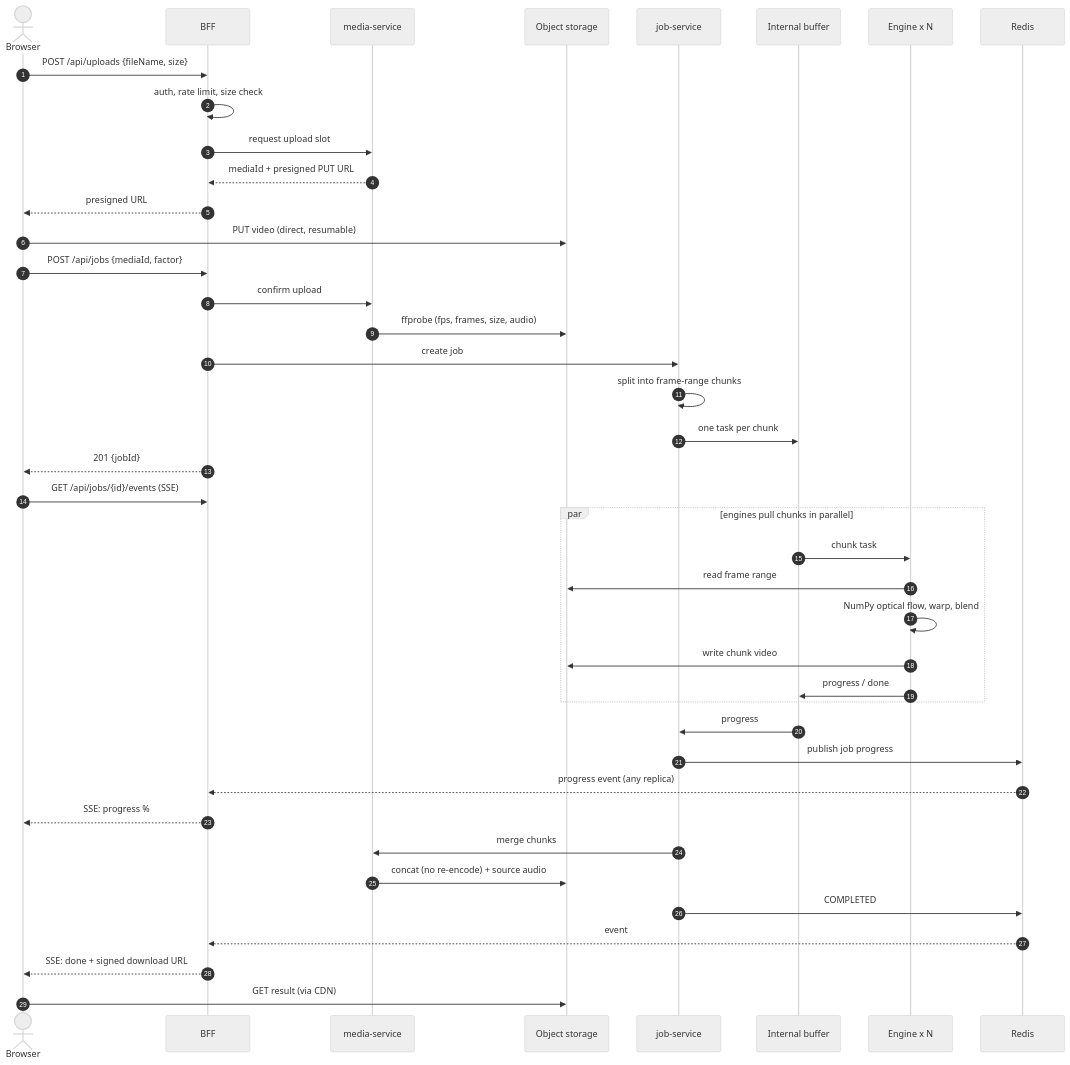
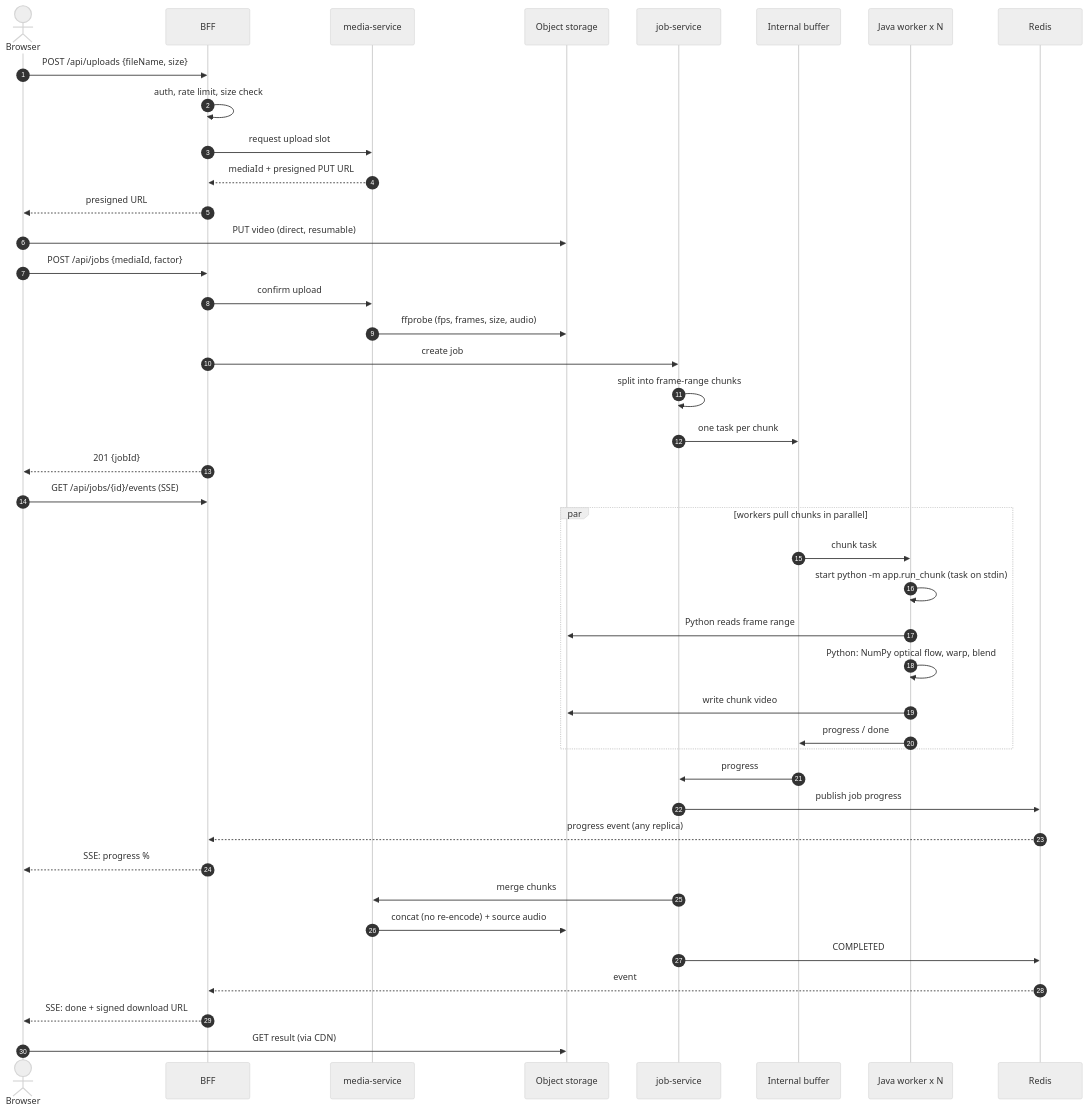
The second of 5 diagrams in README.md (JianoFreo/InfiniteFlow_AI), drawn with Mermaid (neutral theme) before and after one commit. The commit also changed other lines of this file and 21 other files, not shown here.

First line of the commit message:
Refactor interpolation engine to interpolation worker

````diff
--- a/README.md
+++ b/README.md
@@ -98,48 +99,49 @@
 ```mermaid
 sequenceDiagram
     autonumber
     actor U as Browser
     participant B as BFF
     participant M as media-service
     participant S as Object storage
     participant J as job-service
     participant Q as Internal buffer
-    participant E as Engine x N
+    participant E as Java worker x N
     participant R as Redis
 
     U->>B: POST /api/uploads {fileName, size}
     B->>B: auth, rate limit, size check
     B->>M: request upload slot
     M-->>B: mediaId + presigned PUT URL
     B-->>U: presigned URL
     U->>S: PUT video (direct, resumable)
     U->>B: POST /api/jobs {mediaId, factor}
     B->>M: confirm upload
     M->>S: ffprobe (fps, frames, size, audio)
     B->>J: create job
     J->>J: split into frame-range chunks
     J->>Q: one task per chunk
     B-->>U: 201 {jobId}
 
     U->>B: GET /api/jobs/{id}/events (SSE)
 
-    par engines pull chunks in parallel
+    par workers pull chunks in parallel
         Q->>E: chunk task
-        E->>S: read frame range
-        E->>E: NumPy optical flow, warp, blend
+        E->>E: start python -m app.run_chunk (task on stdin)
+        E->>S: Python reads frame range
+        E->>E: Python: NumPy optical flow, warp, blend
         E->>S: write chunk video
         E->>Q: progress / done
     end
 
     Q->>J: progress
     J->>R: publish job progress
     R-->>B: progress event (any replica)
     B-->>U: SSE: progress %
 
     J->>M: merge chunks
     M->>S: concat (no re-encode) + source audio
     J->>R: COMPLETED
     R-->>B: event
     B-->>U: SSE: done + signed download URL
     U->>S: GET result (via CDN)
 ```
````
